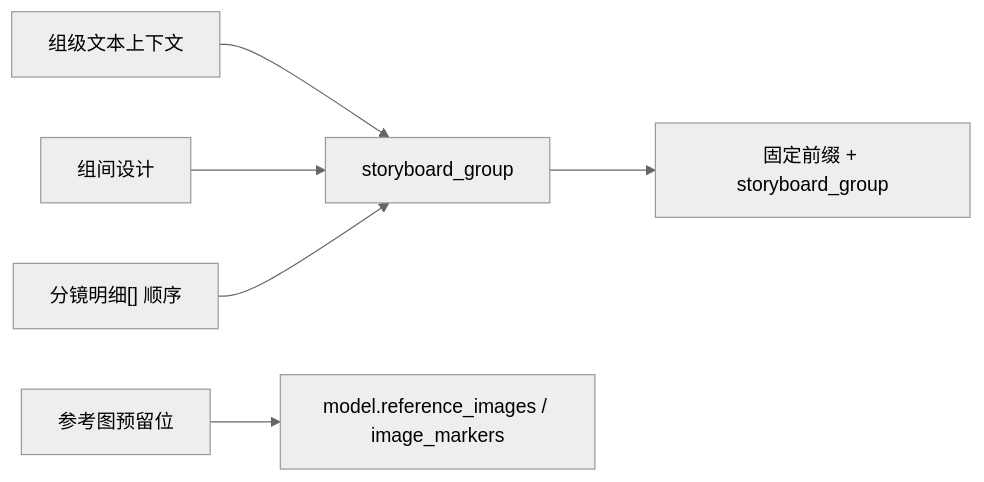
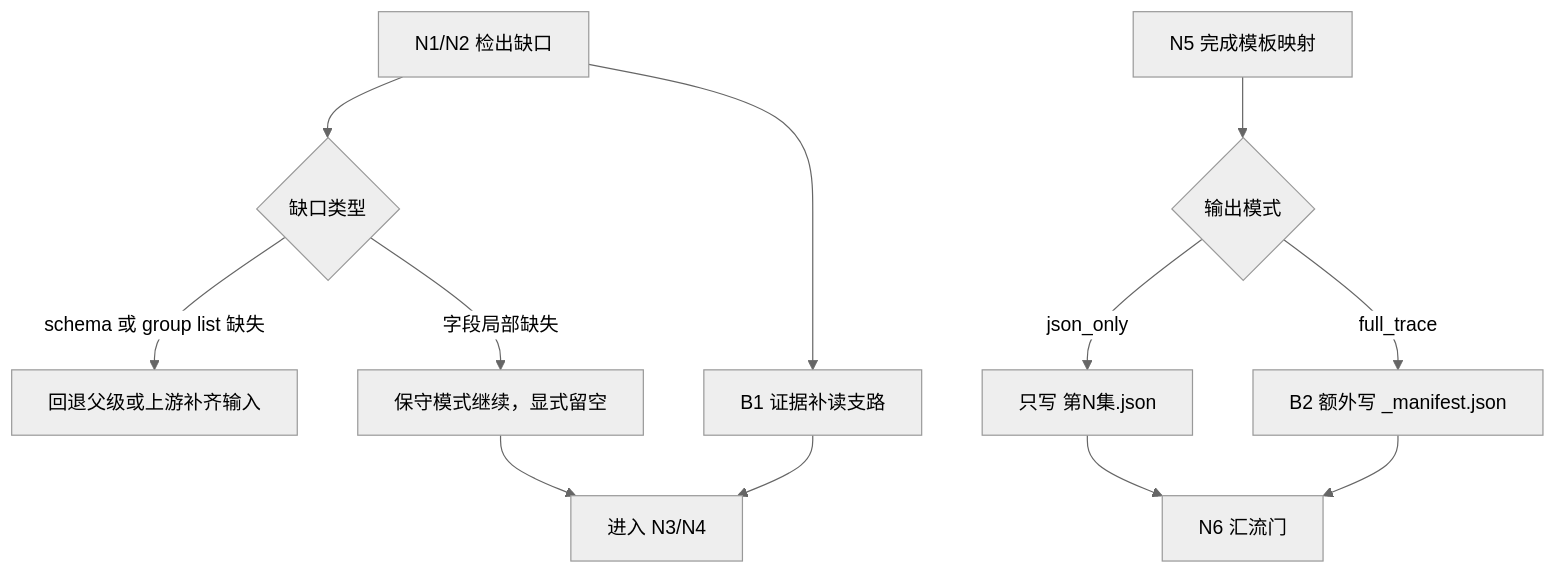
One commit to ZEN-VOID/AI-CUT changed the second of 4 diagrams in .agents/skills/aigc/5-Image/1-提示词蒸馏/分镜故事板/SKILL.md. Above: the diagram before and after it, drawn with Mermaid (neutral theme). The commit also changed other lines of this file and 182 other files, not shown here.

````diff
--- a/.agents/skills/aigc/5-Image/1-提示词蒸馏/分镜故事板/SKILL.md
+++ b/.agents/skills/aigc/5-Image/1-提示词蒸馏/分镜故事板/SKILL.md
@@ -80,8 +152,14 @@
 ```mermaid
-flowchart LR
-    A["组级文本上下文"] --> D["storyboard_group"]
-    B["组间设计"] --> D
-    C["分镜明细[] 顺序"] --> D
-    D --> E["固定前缀 + storyboard_group"]
-    F["参考图预留位"] --> G["model.reference_images / image_markers"]
+flowchart TD
+    A["N1/N2 检出缺口"] --> B{"缺口类型"}
+    B -->|"schema 或 group list 缺失"| C["回退父级或上游补齐输入"]
+    B -->|"字段局部缺失"| D["保守模式继续，显式留空"]
+    D --> E["进入 N3/N4"]
+    A --> F["B1 证据补读支路"]
+    F --> E
+    G["N5 完成模板映射"] --> H{"输出模式"}
+    H -->|"json_only"| I["只写 第N集.json"]
+    H -->|"full_trace"| J["B2 额外写 _manifest.json"]
+    I --> K["N6 汇流门"]
+    J --> K
 ```
````
